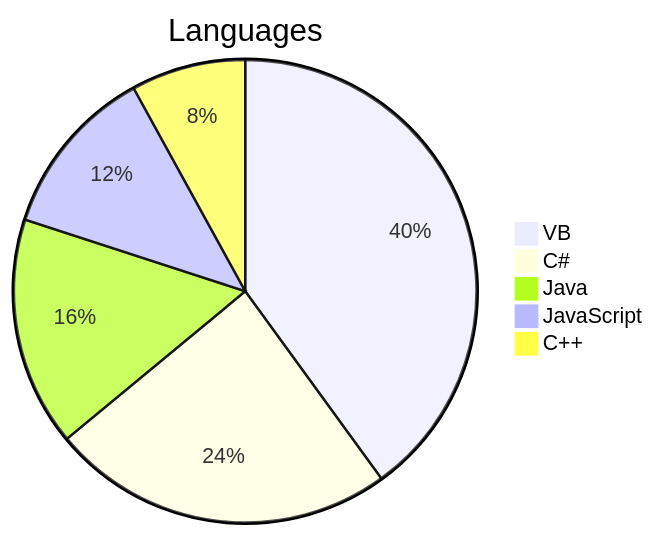
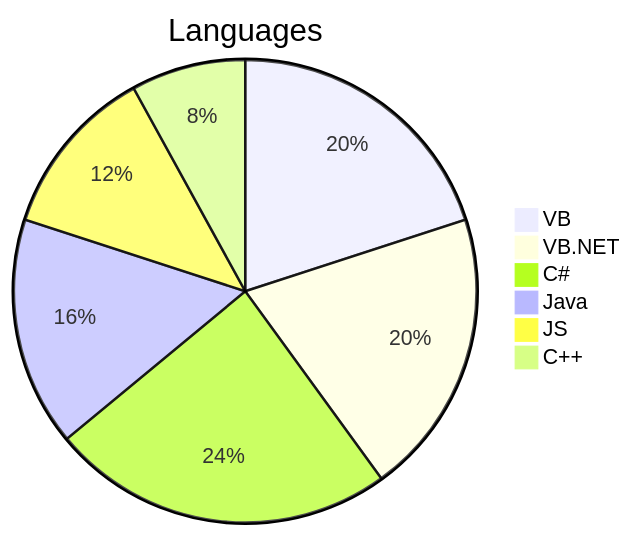
One commit to rarmero/resume changed the third of 3 diagrams in metrics.qmd. Above: the diagram before and after it, drawn with Mermaid. The commit also changed other lines of this file and 4 other files, not shown here.

````diff
--- a/metrics.qmd
+++ b/metrics.qmd
@@ -59,8 +60,9 @@
 ```{mermaid}
 pie title Languages
-    "VB" : 40
+    "VB" : 20
+    "VB.NET" : 20
     "C#" : 24
     "Java" : 16
-    "JavaScript" : 12
+    "JS" : 12
     "C++" : 8
 ```
````
